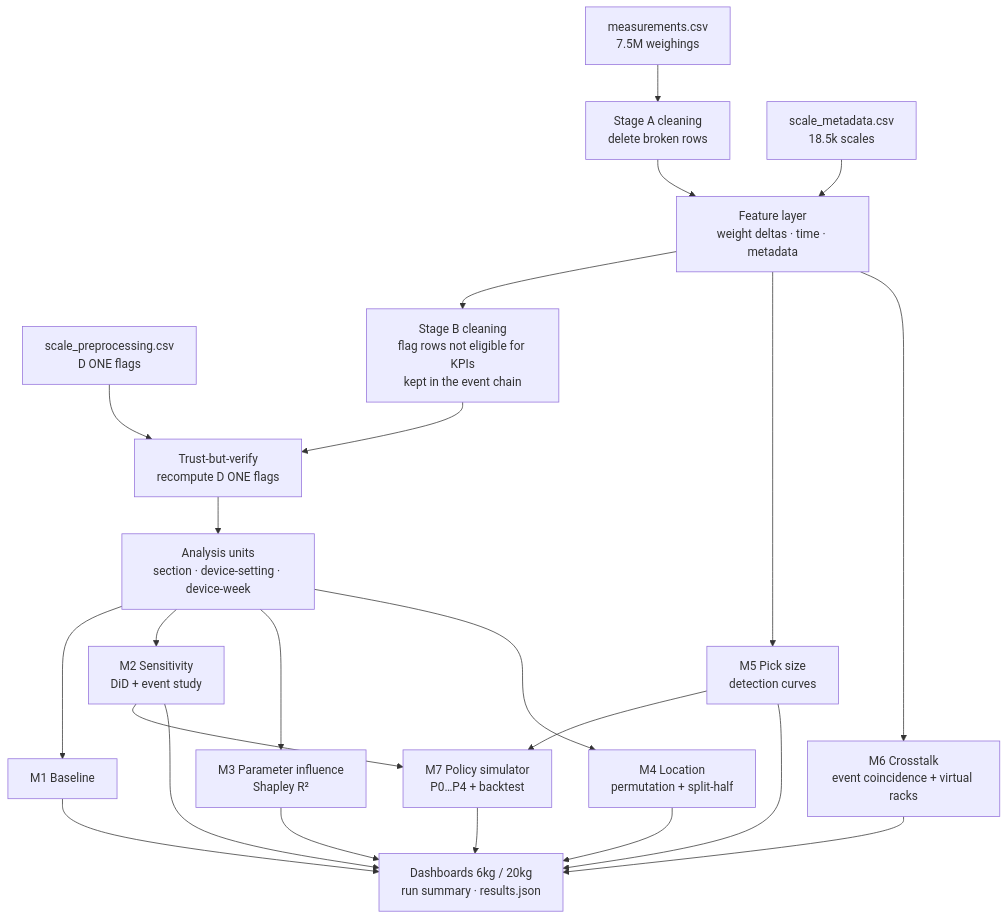
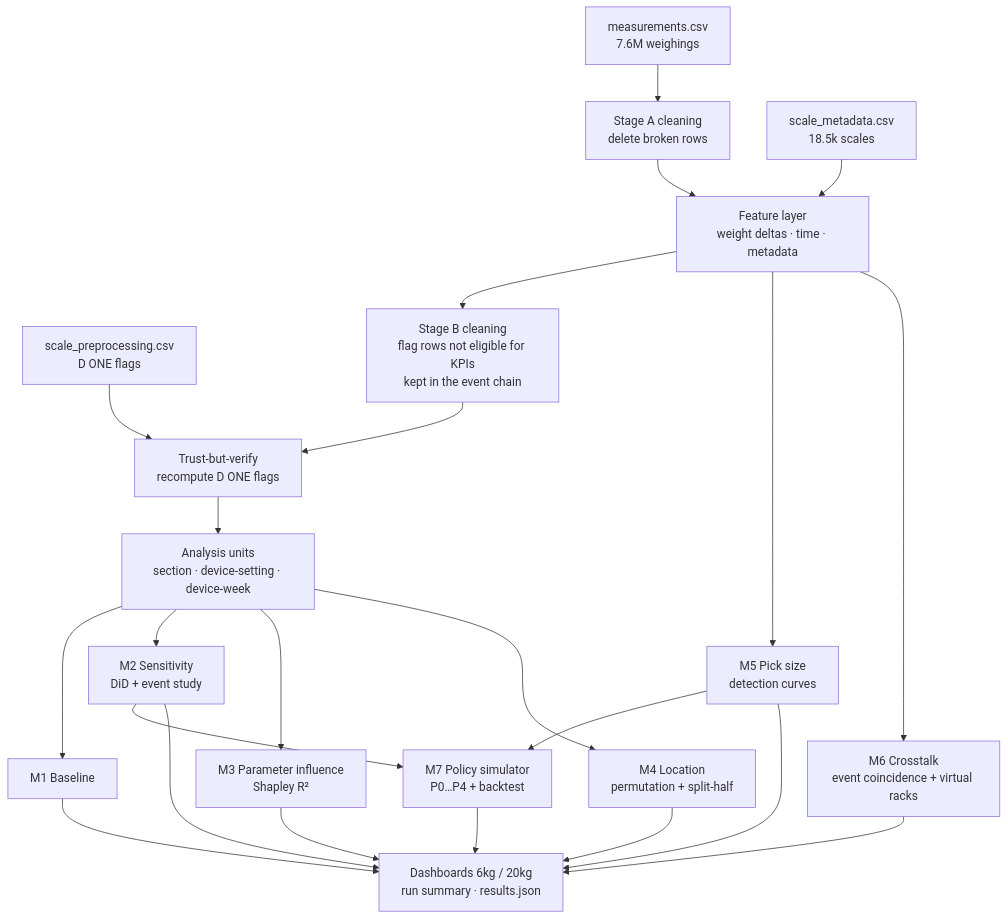
The second of 2 diagrams in README.md (erenalpckroglu/smartbin-sensor-optimization), drawn with Mermaid before and after one commit. The commit also changed other lines of this file and 5 other files, not shown here.

````diff
--- a/README.md
+++ b/README.md
@@ -56,14 +56,14 @@
 ```mermaid
 flowchart TB
-    A[measurements.csv<br/>7.5M weighings] --> C1
+    A[measurements.csv<br/>7.6M weighings] --> C1
     B[scale_metadata.csv<br/>18.5k scales] --> F
     D[scale_preprocessing.csv<br/>D ONE flags] --> V
     C1[Stage A cleaning<br/>delete broken rows] --> F[Feature layer<br/>weight deltas · time · metadata]
     F --> C2[Stage B cleaning<br/>flag rows not eligible for KPIs<br/>kept in the event chain]
     C2 --> V[Trust-but-verify<br/>recompute D ONE flags]
     V --> T[Analysis units<br/>section · device-setting · device-week]
     T --> M1[M1 Baseline] & M2[M2 Sensitivity<br/>DiD + event study] & M3[M3 Parameter influence<br/>Shapley R²] & M4[M4 Location<br/>permutation + split-half]
     F --> M5[M5 Pick size<br/>detection curves] & M6[M6 Crosstalk<br/>event coincidence + virtual racks]
     M2 & M5 --> M7[M7 Policy simulator<br/>P0…P4 + backtest]
     M1 & M2 & M3 & M4 & M5 & M6 & M7 --> R[Dashboards 6kg / 20kg<br/>run summary · results.json]
 ```
````
